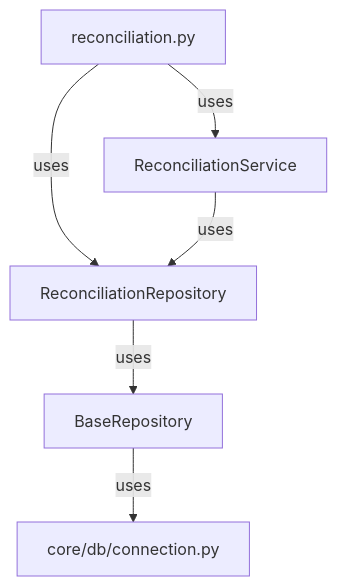
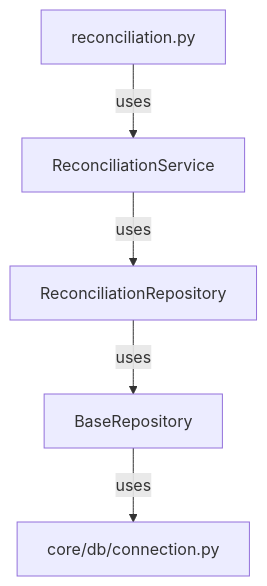
Before and after one commit to simcitysocial97-dev/ClariFin_OS: the fourth of 14 diagrams in docs/reports/Program_5_3B_Dependency_Graph.md, drawn with Mermaid. The commit also changed other lines of this file and 62 other files, not shown here.

````diff
--- a/docs/reports/Program_5_3B_Dependency_Graph.md
+++ b/docs/reports/Program_5_3B_Dependency_Graph.md
@@ -57,8 +59,7 @@
 ```mermaid
 graph TD
     A[reconciliation.py] -->|uses| B[ReconciliationService]
-    A -->|uses| C[ReconciliationRepository]
-    B -->|uses| C
+    B -->|uses| C[ReconciliationRepository]
     C -->|uses| D[BaseRepository]
     D -->|uses| E[core/db/connection.py]
 ```
````
